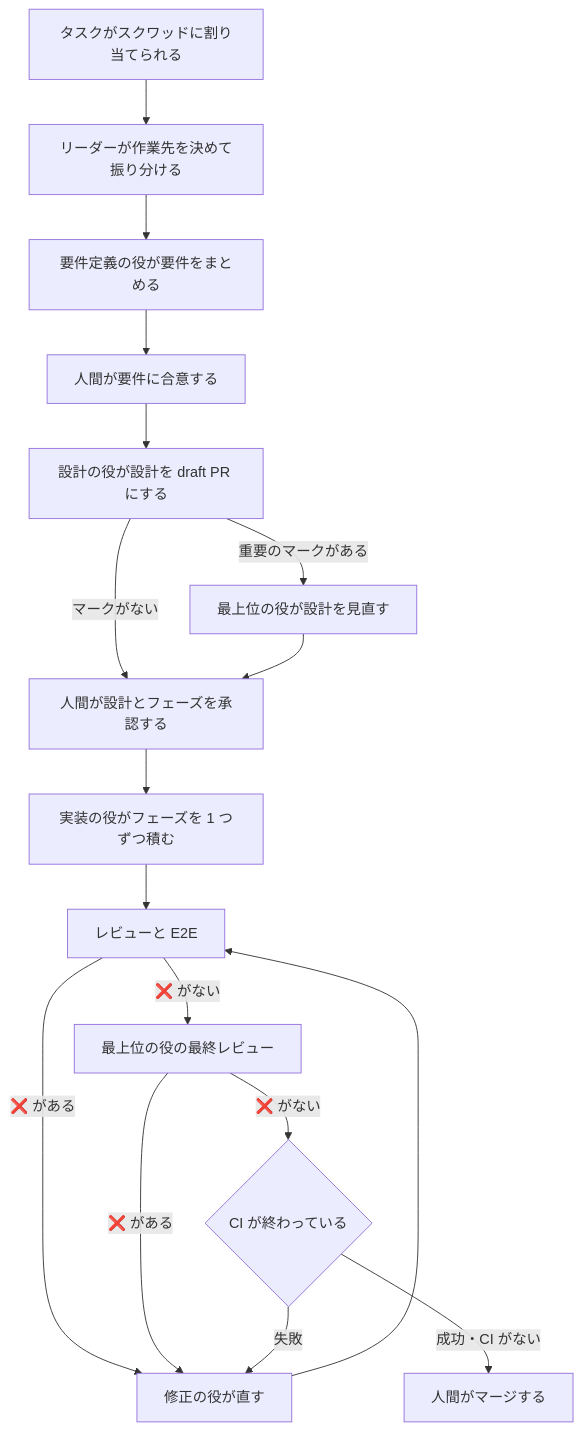
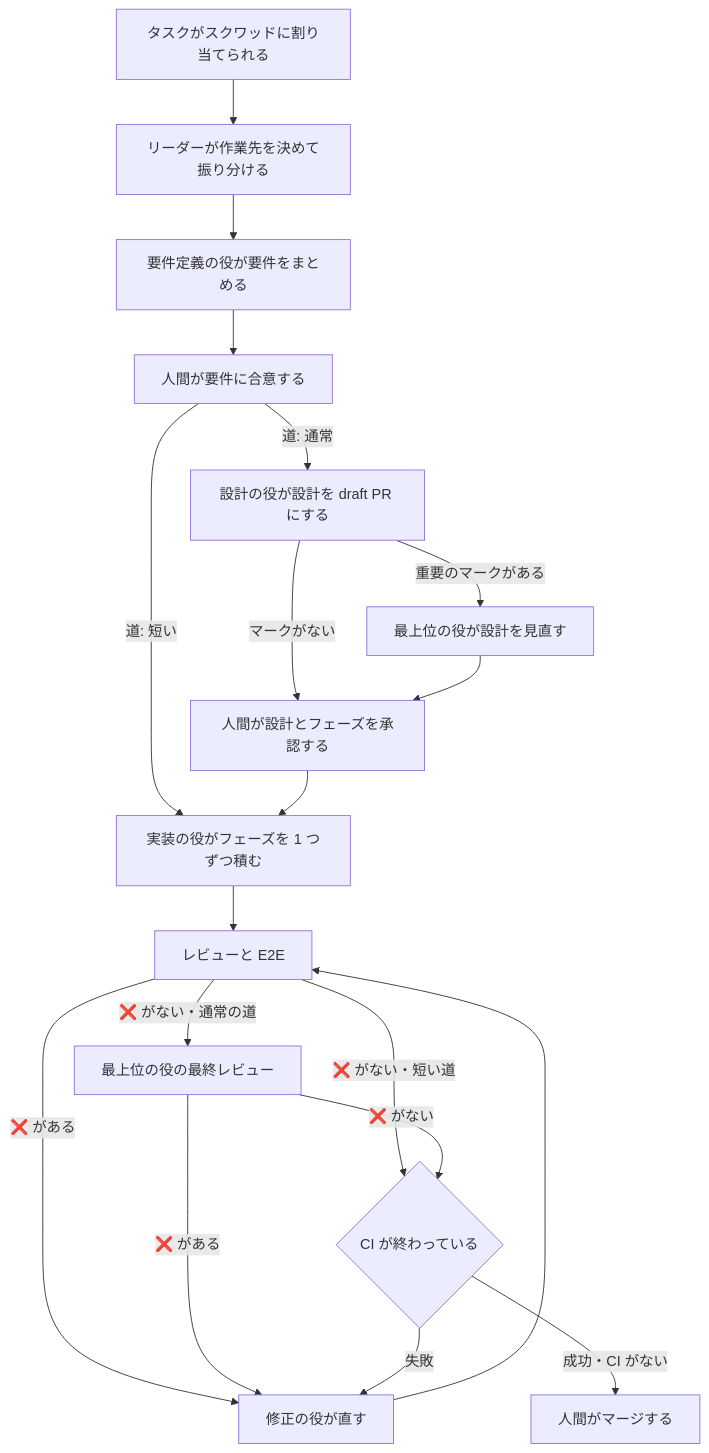
One commit to drecom/multica-squad-kit changed the third of 4 diagrams in manual.md. Above: the diagram before and after it, drawn with Mermaid. The commit also changed other lines of this file and 3 other files, not shown here.

Commit message:
短い道の回帰テストと工程図の分岐を足す

````diff
--- a/manual.md
+++ b/manual.md
@@ -787,19 +787,21 @@
 ```mermaid
 flowchart TD
   A[タスクがスクワッドに割り当てられる] --> B[リーダーが作業先を決めて振り分ける]
   B --> C[要件定義の役が要件をまとめる]
   C --> H1[人間が要件に合意する]
-  H1 --> D[設計の役が設計を draft PR にする]
+  H1 -- 道: 通常 --> D[設計の役が設計を draft PR にする]
+  H1 -- 道: 短い --> F
   D -- 重要のマークがある --> E[最上位の役が設計を見直す]
   D -- マークがない --> H2[人間が設計とフェーズを承認する]
   E --> H2
   H2 --> F[実装の役がフェーズを 1 つずつ積む]
   F --> G[レビューと E2E]
   G -- ❌ がある --> K[修正の役が直す]
   K --> G
-  G -- ❌ がない --> J[最上位の役の最終レビュー]
+  G -- ❌ がない・短い道 --> L
+  G -- ❌ がない・通常の道 --> J[最上位の役の最終レビュー]
   J -- ❌ がある --> K
   J -- ❌ がない --> L{CI が終わっている}
   L -- 失敗 --> K
   L -- 成功・CI がない --> H3[人間がマージする]
 ```
````
